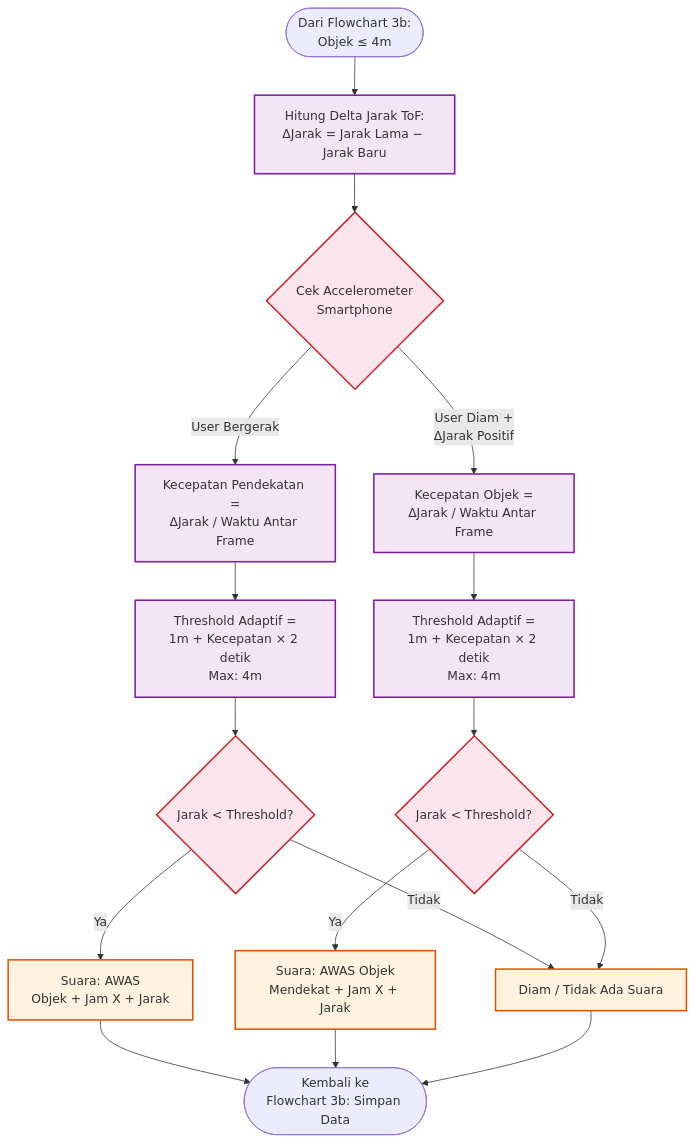
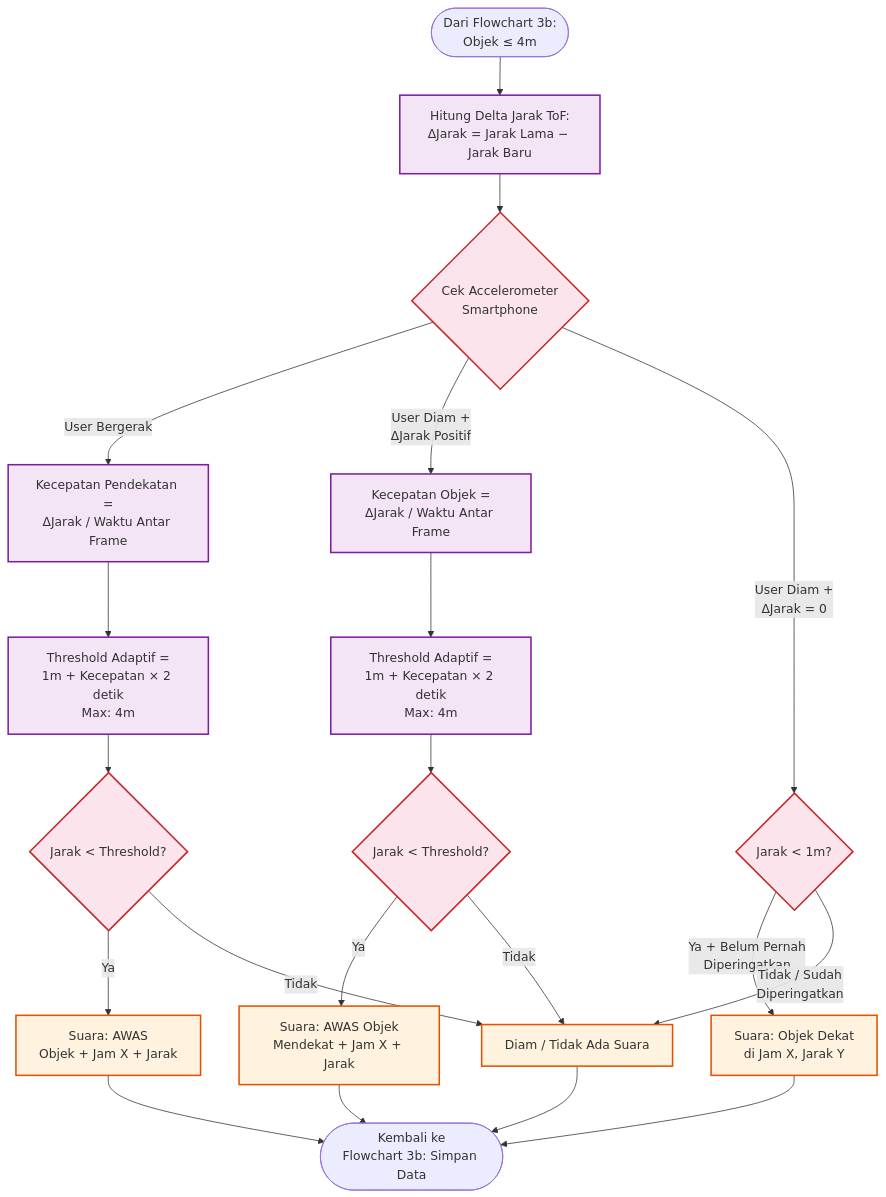
One commit to aan-andiyanaS/draf changed the seventh of 10 diagrams in alur-logika.md. Above: the diagram before and after it, drawn with Mermaid. The commit also changed other lines of this file, not shown here.

Commit message:
edit flowchart

````diff
--- a/alur-logika.md
+++ b/alur-logika.md
@@ -319,34 +486,39 @@
    ```mermaid
    flowchart TD
       START_A([Dari Flowchart 3b:<br/>Objek ≤ 4m]) --> DELTA_TOF[Hitung Delta Jarak ToF:<br/>ΔJarak = Jarak Lama − Jarak Baru]
 
       DELTA_TOF --> CEK_ACCEL{Cek Accelerometer<br/>Smartphone}
 
       CEK_ACCEL -- User Bergerak --> SPEED_U[Kecepatan Pendekatan =<br/>ΔJarak / Waktu Antar Frame]
       CEK_ACCEL -- User Diam +<br/>ΔJarak Positif --> SPEED_O[Kecepatan Objek =<br/>ΔJarak / Waktu Antar Frame]
+      CEK_ACCEL -- User Diam +<br/>ΔJarak = 0 --> CEK_STATIS{Jarak < 1m?}
 
       SPEED_U --> TH_U[Threshold Adaptif =<br/>1m + Kecepatan × 2 detik<br/>Max: 4m]
       SPEED_O --> TH_O[Threshold Adaptif =<br/>1m + Kecepatan × 2 detik<br/>Max: 4m]
 
       TH_U --> F_U{Jarak < Threshold?}
       TH_O --> F_O{Jarak < Threshold?}
 
       F_U -- Ya --> TTS_WARN[Suara: AWAS<br/>Objek + Jam X + Jarak]
       F_U -- Tidak --> SILENT[Diam / Tidak Ada Suara]
 
       F_O -- Ya --> TTS_OBJ[Suara: AWAS Objek<br/>Mendekat + Jam X + Jarak]
       F_O -- Tidak --> SILENT
 
+      CEK_STATIS -- Ya + Belum Pernah<br/>Diperingatkan --> TTS_STATIS[Suara: Objek Dekat<br/>di Jam X, Jarak Y]
+      CEK_STATIS -- Tidak / Sudah<br/>Diperingatkan --> SILENT
+
       TTS_WARN --> KEMBALI([Kembali ke<br/>Flowchart 3b: Simpan Data])
       TTS_OBJ --> KEMBALI
+      TTS_STATIS --> KEMBALI
       SILENT --> KEMBALI
 
       %% Styling
       classDef impl fill:#fff3e0,stroke:#e65100,stroke-width:2px;
       classDef decision fill:#fce4ec,stroke:#c62828,stroke-width:2px;
       classDef adaptive fill:#f3e5f5,stroke:#7b1fa2,stroke-width:2px;
 
-      class TTS_WARN,TTS_OBJ,SILENT impl;
-      class CEK_ACCEL,F_U,F_O decision;
+      class TTS_WARN,TTS_OBJ,TTS_STATIS,SILENT impl;
+      class CEK_ACCEL,F_U,F_O,CEK_STATIS decision;
       class DELTA_TOF,SPEED_U,SPEED_O,TH_U,TH_O adaptive;
    ```
````
